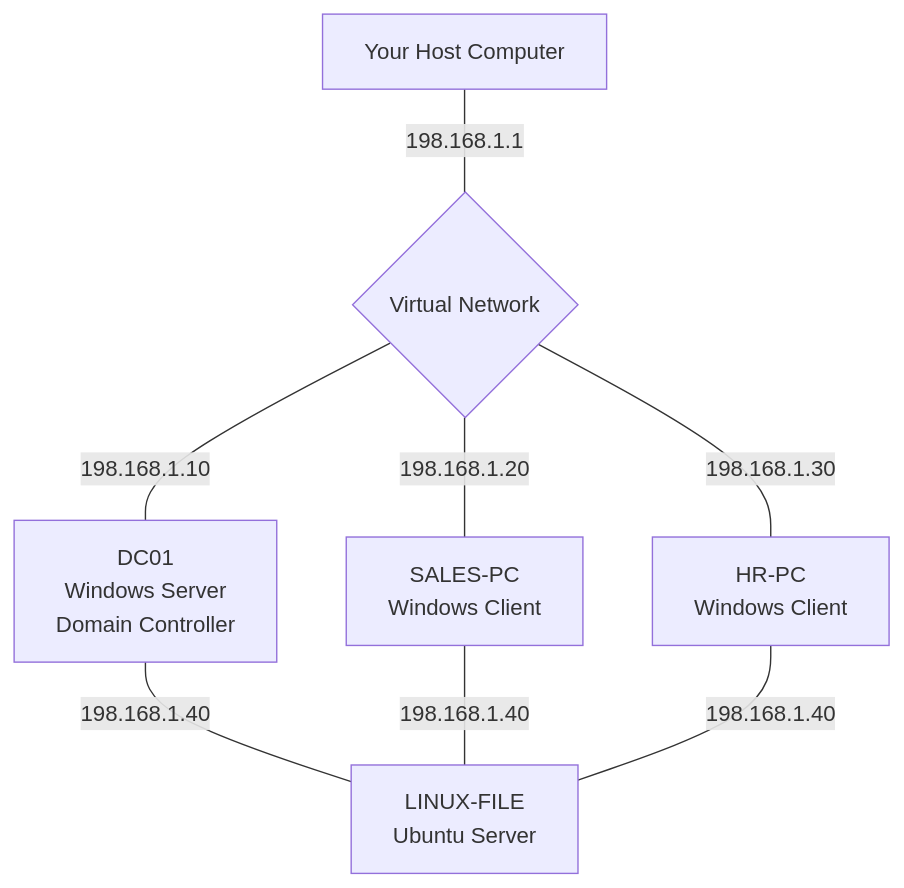
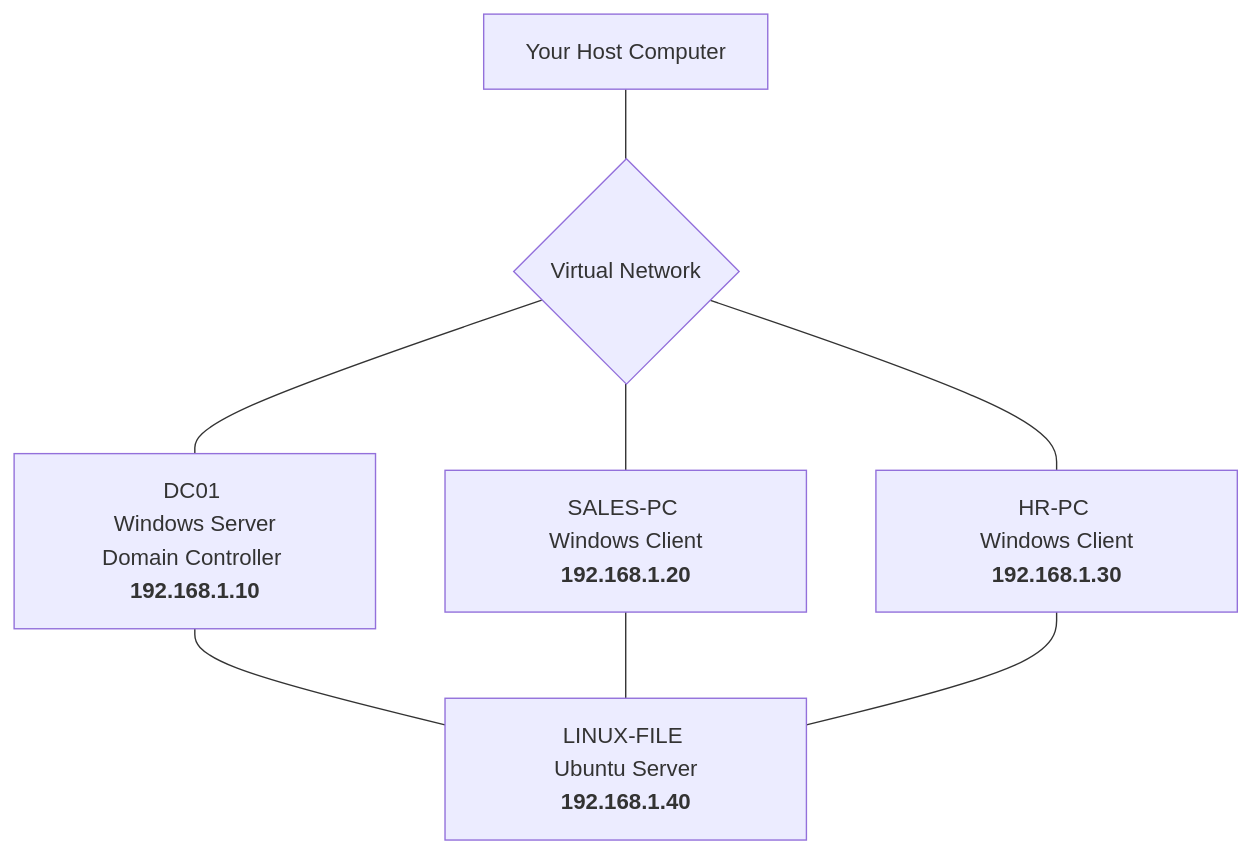
The diagram in README.md (juan-rami/enterprise-home-lab), drawn with Mermaid before and after one commit. The commit also changed other lines of this file, not shown here.

````diff
--- a/README.md
+++ b/README.md
@@ -6,17 +6,17 @@
 ```mermaid
 graph TD
       Host[Your Host Computer]
       VN{Virtual Network}
-      DC01[DC01 <br/> Windows Server <br/>Domain Controller]
-      SALES-PC[SALES-PC <br/> Windows Client]
-      HR-PC[HR-PC <br/> Windows Client]
-      LINUX[LINUX-FILE <br/> Ubuntu Server]
+      DC01[DC01 <br/> Windows Server <br/>Domain Controller <b>192.168.1.10</b> ]
+      SALES-PC[SALES-PC <br/> Windows Client <b>192.168.1.20</b>]
+      HR-PC[HR-PC <br/> Windows Client <b>192.168.1.30</b>]
+      LINUX[LINUX-FILE <br/> Ubuntu Server <b>192.168.1.40</b>]
 
-      Host --- |198.168.1.1| VN
-      VN --- |198.168.1.10| DC01
-      VN --- |198.168.1.20| SALES-PC
-      VN --- |198.168.1.30| HR-PC
-      DC01 --- |198.168.1.40| LINUX
-      SALES-PC --- |198.168.1.40| LINUX
-      HR-PC --- |198.168.1.40| LINUX
+      Host --- VN 
+      VN ---  DC01
+      VN ---  SALES-PC
+      VN ---  HR-PC
+      DC01 ---  LINUX
+      SALES-PC ---  LINUX
+      HR-PC ---  LINUX
 ```
````
